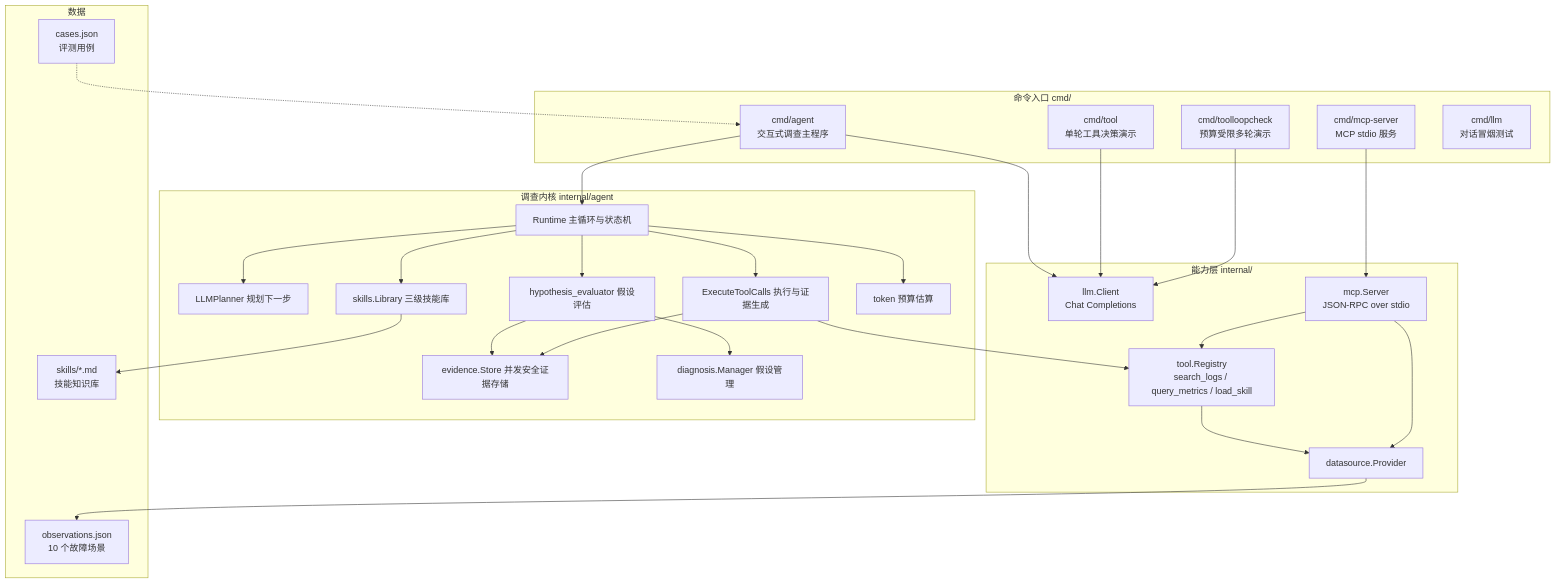
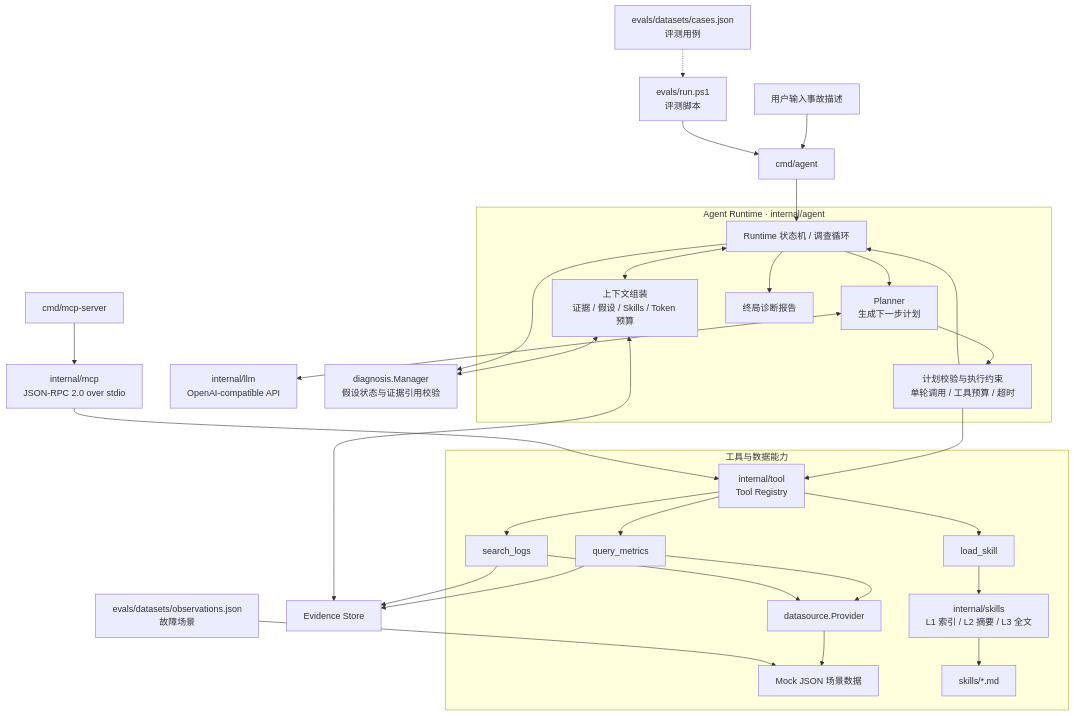
The first of 2 diagrams in README.md (liocoder/TraceMind), drawn with Mermaid before and after one commit. The commit also changed other lines of this file, not shown here.

````diff
--- a/README.md
+++ b/README.md
@@ -23,55 +71,47 @@
 ```mermaid
-flowchart TD
-    subgraph CMD["命令入口 cmd/"]
-        A[cmd/agent<br/>交互式调查主程序]
-        T[cmd/tool<br/>单轮工具决策演示]
-        L[cmd/toolloopcheck<br/>预算受限多轮演示]
-        M[cmd/mcp-server<br/>MCP stdio 服务]
-        S[cmd/llm<br/>对话冒烟测试]
+flowchart TB
+    User["用户输入事故描述"] --> Entry["cmd/agent"]
+    Eval["evals/run.ps1<br/>评测脚本"] --> Entry
+
+    subgraph Runtime["Agent Runtime · internal/agent"]
+        Loop["Runtime 状态机 / 调查循环"]
+        Planner["Planner<br/>生成下一步计划"]
+        Guard["计划校验与执行约束<br/>单轮调用 / 工具预算 / 超时"]
+        Context["上下文组装<br/>证据 / 假设 / Skills / Token 预算"]
+        Report["终局诊断报告"]
+        Loop --> Planner --> Guard --> Loop
+        Loop <--> Context
+        Loop --> Report
     end
 
-    subgraph CORE["调查内核 internal/agent"]
-        RT[Runtime 主循环与状态机]
-        PL[LLMPlanner 规划下一步]
-        EX[ExecuteToolCalls 执行与证据生成]
-        HE[hypothesis_evaluator 假设评估]
-        ES[evidence.Store 并发安全证据存储]
-        DM[diagnosis.Manager 假设管理]
-        SK[skills.Library 三级技能库]
-        TB[token 预算估算]
+    Entry --> Loop
+    Planner <--> LLM["internal/llm<br/>OpenAI-compatible API"]
+
+    subgraph Tools["工具与数据能力"]
+        Registry["internal/tool<br/>Tool Registry"]
+        Metrics["query_metrics"]
+        Logs["search_logs"]
+        SkillTool["load_skill"]
+        Registry --> Metrics
+        Registry --> Logs
+        Registry --> SkillTool
+        Metrics --> Provider["datasource.Provider"]
+        Logs --> Provider
+        Provider --> Mock["Mock JSON 场景数据"]
+        SkillTool --> SkillLib["internal/skills<br/>L1 索引 / L2 摘要 / L3 全文"]
+        SkillLib --> SkillFiles["skills/*.md"]
     end
 
-    subgraph SVC["能力层 internal/"]
-        LLM[llm.Client<br/>Chat Completions]
-        TK[tool.Registry<br/>search_logs / query_metrics / load_skill]
-        DS[datasource.Provider]
-        MP[mcp.Server<br/>JSON-RPC over stdio]
-    end
+    Guard --> Registry
+    Metrics --> Evidence["Evidence Store"]
+    Logs --> Evidence
+    Context <--> Evidence
+    Context <--> Hypotheses["diagnosis.Manager<br/>假设状态与证据引用校验"]
+    Loop --> Hypotheses
 
-    subgraph DATA["数据"]
-        OBS[observations.json<br/>10 个故障场景]
-        SKL[skills/*.md<br/>技能知识库]
-        CASES[cases.json<br/>评测用例]
-    end
+    MCPEntry["cmd/mcp-server"] --> MCP["internal/mcp<br/>JSON-RPC 2.0 over stdio"]
+    MCP --> Registry
 
-    A --> LLM
-    A --> RT
-    RT --> PL
-    RT --> EX
-    RT --> HE
-    RT --> SK
-    RT --> TB
-    HE --> ES
-    HE --> DM
-    EX --> ES
-    EX --> TK
-    TK --> DS
-    DS --> OBS
-    SK --> SKL
-    T --> LLM
-    L --> LLM
-    M --> MP
-    MP --> TK
-    MP --> DS
-    CASES -.-> A
+    Cases["evals/datasets/cases.json<br/>评测用例"] -.-> Eval
+    Scenarios["evals/datasets/observations.json<br/>故障场景"] --> Mock
 ```
````
